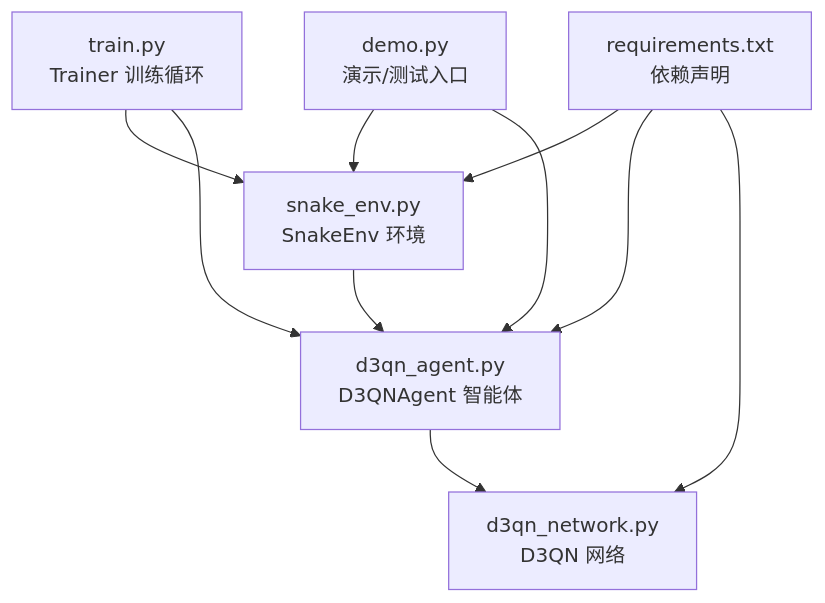
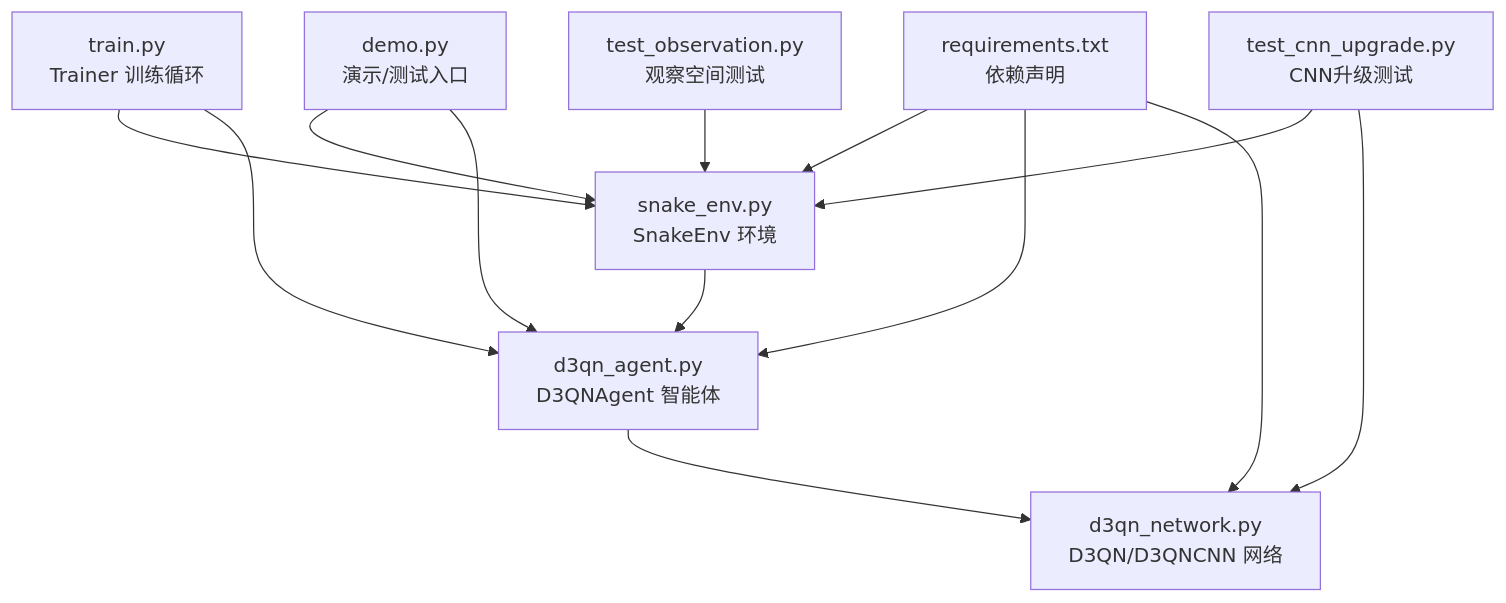
Before and after one commit to fuweiq94-cloud/3399180760000: the first of 4 diagrams in .qoder/repowiki/zh/content/贪吃蛇游戏环境.md, drawn with Mermaid. The commit also changed other lines of this file and 75 other files, not shown here.

````diff
--- a/.qoder/repowiki/zh/content/贪吃蛇游戏环境.md
+++ b/.qoder/repowiki/zh/content/贪吃蛇游戏环境.md
@@ -39,12 +40,15 @@
 ```mermaid
 graph TB
 A["snake_env.py<br/>SnakeEnv 环境"] --> B["d3qn_agent.py<br/>D3QNAgent 智能体"]
-B --> C["d3qn_network.py<br/>D3QN 网络"]
+B --> C["d3qn_network.py<br/>D3QN/D3QNCNN 网络"]
 D["train.py<br/>Trainer 训练循环"] --> A
 D --> B
 E["demo.py<br/>演示/测试入口"] --> A
 E --> B
 F["requirements.txt<br/>依赖声明"] --> A
 F --> B
 F --> C
+G["test_cnn_upgrade.py<br/>CNN升级测试"] --> A
+G --> C
+H["test_observation.py<br/>观察空间测试"] --> A
 ```
````
